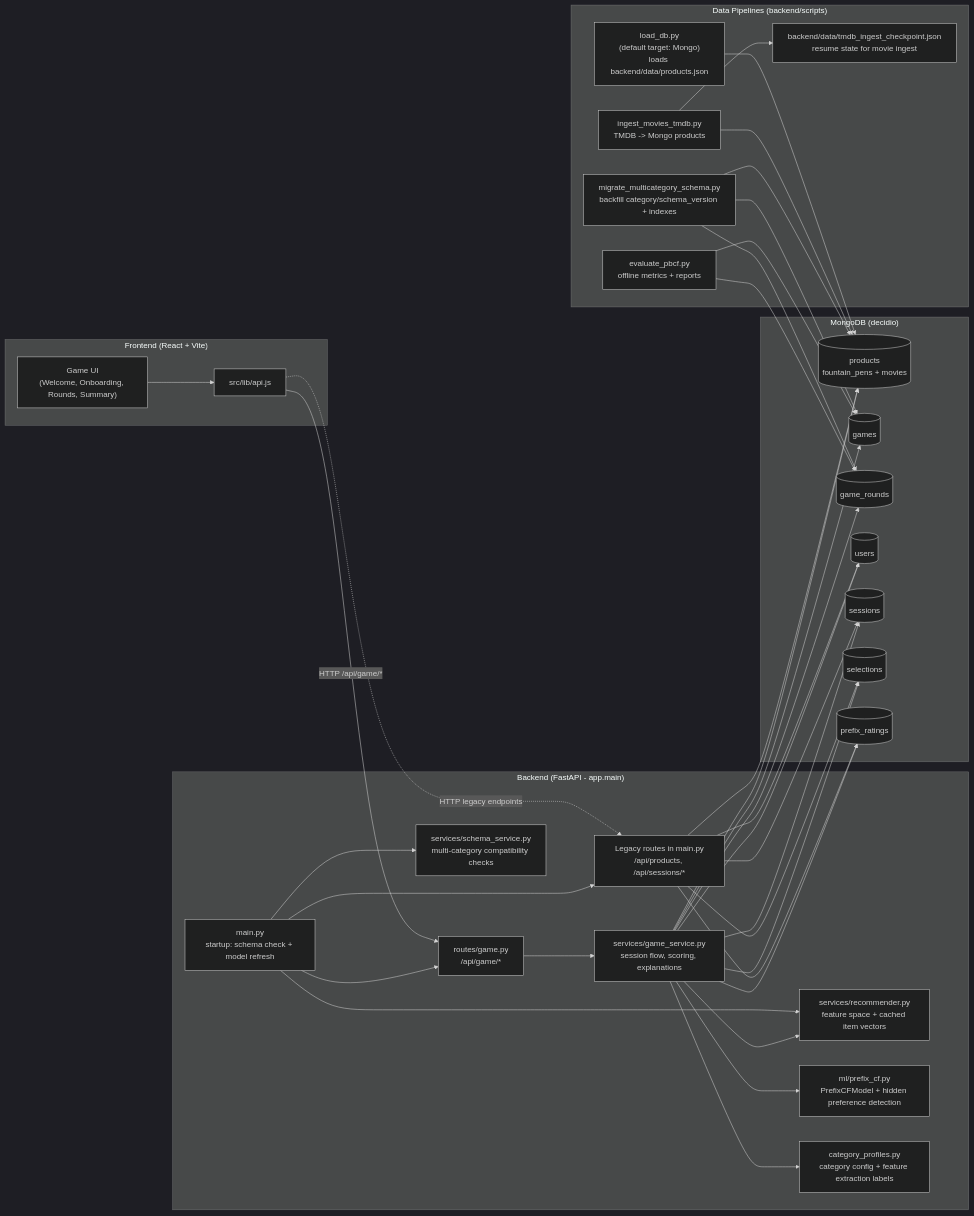
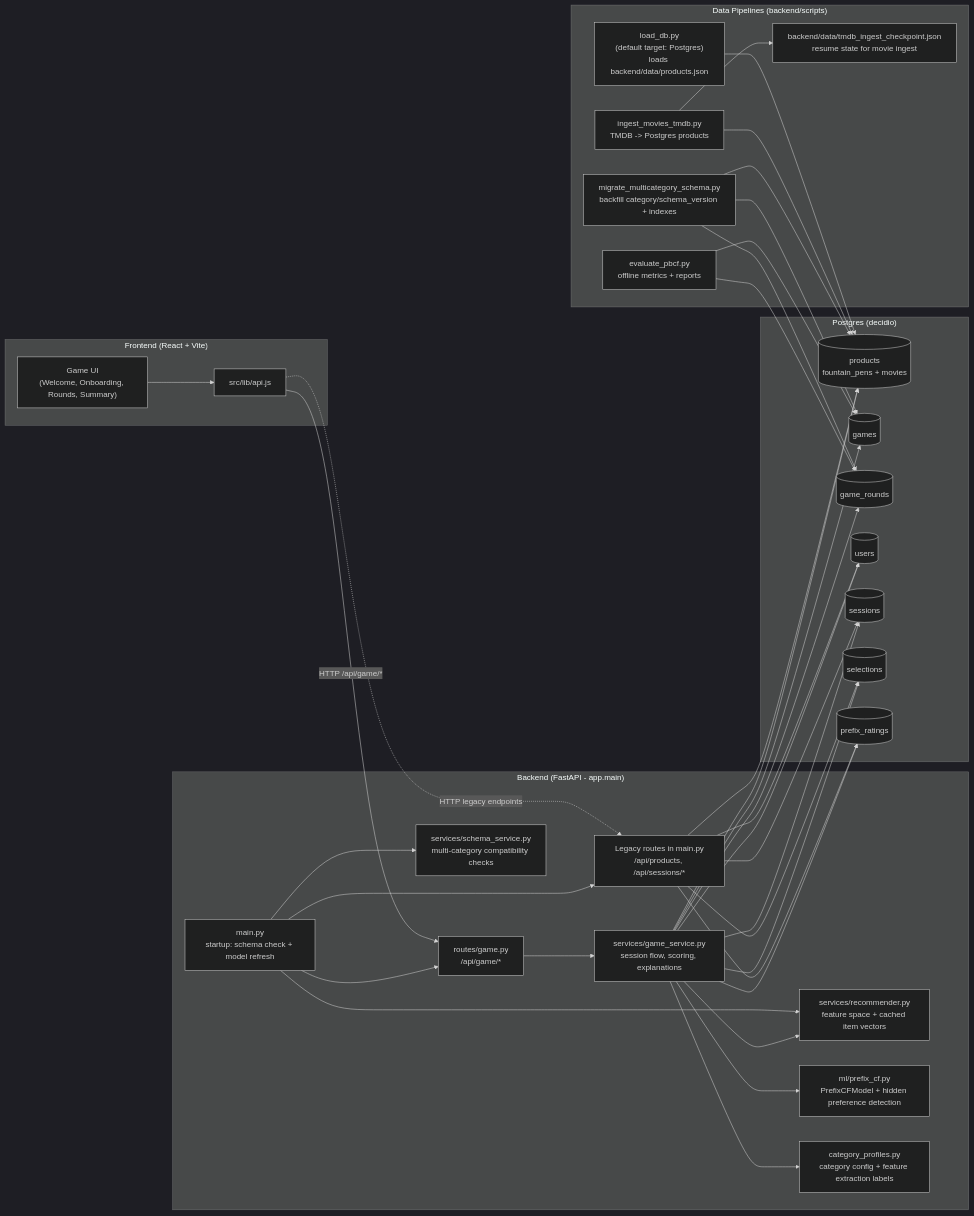
One commit to RioPham822/Recommendle changed the diagram in docs/architecture.mmd. Above: the diagram before and after it, drawn with Mermaid (dark theme). The commit also changed other lines of this file and 37 other files, not shown here.

```diff
--- a/docs/architecture.mmd
+++ b/docs/architecture.mmd
@@ -1,83 +1,83 @@
 flowchart LR
   %% Client / UI
   subgraph Client["Frontend (React + Vite)"]
     UI["Game UI\n(Welcome, Onboarding, Rounds, Summary)"]
     APIClient["src/lib/api.js"]
     UI --> APIClient
   end
 
   %% Backend runtime
   subgraph Backend["Backend (FastAPI - app.main)"]
     Main["main.py\nstartup: schema check + model refresh"]
     GameRoutes["routes/game.py\n/api/game/*"]
     LegacyRoutes["Legacy routes in main.py\n/api/products, /api/sessions/*"]
     GameService["services/game_service.py\nsession flow, scoring, explanations"]
     Recommender["services/recommender.py\nfeature space + cached item vectors"]
     Model["ml/prefix_cf.py\nPrefixCFModel + hidden preference detection"]
     CategoryProfiles["category_profiles.py\ncategory config + feature extraction labels"]
     SchemaGuard["services/schema_service.py\nmulti-category compatibility checks"]
   end
 
   %% Database
-  subgraph Mongo["MongoDB (decidio)"]
+  subgraph Postgres["Postgres (decidio)"]
     Products[("products\nfountain_pens + movies")]
     Games[("games")]
     GameRounds[("game_rounds")]
     Users[("users")]
     Sessions[("sessions")]
     Selections[("selections")]
     PrefixRatings[("prefix_ratings")]
   end
 
   %% Data pipelines / scripts
   subgraph DataPipelines["Data Pipelines (backend/scripts)"]
-    LoadPens["load_db.py\n(default target: Mongo)\nloads backend/data/products.json"]
-    IngestMovies["ingest_movies_tmdb.py\nTMDB -> Mongo products"]
+    LoadPens["load_db.py\n(default target: Postgres)\nloads backend/data/products.json"]
+    IngestMovies["ingest_movies_tmdb.py\nTMDB -> Postgres products"]
     Checkpoint["backend/data/tmdb_ingest_checkpoint.json\nresume state for movie ingest"]
     MigrateSchema["migrate_multicategory_schema.py\nbackfill category/schema_version + indexes"]
-    %% Legacy migration removed (Mongo-only architecture)
+    %% Legacy migration removed (Postgres-only architecture)
     Eval["evaluate_pbcf.py\noffline metrics + reports"]
   end
 
   %% Optional legacy backend removed
 
   %% Runtime request flow
   APIClient -->|HTTP /api/game/*| GameRoutes
   APIClient -.->|HTTP legacy endpoints| LegacyRoutes
   Main --> SchemaGuard
   Main --> Recommender
   Main --> GameRoutes
   Main --> LegacyRoutes
 
   GameRoutes --> GameService
   GameService --> Recommender
   GameService --> Model
   GameService --> CategoryProfiles
 
   %% Data access flow
   LegacyRoutes --> Products
   LegacyRoutes --> Users
   LegacyRoutes --> Sessions
   LegacyRoutes --> Selections
   LegacyRoutes --> PrefixRatings
 
   GameService --> Products
   GameService --> Games
   GameService --> GameRounds
   GameService --> Users
   GameService --> Sessions
   GameService --> Selections
   GameService --> PrefixRatings
 
   %% Ingestion / migration flow
   LoadPens --> Products
   IngestMovies --> Products
   IngestMovies --> Checkpoint
   MigrateSchema --> Products
   MigrateSchema --> Games
   MigrateSchema --> GameRounds
   %% legacy migration nodes removed
   Eval --> Games
   Eval --> GameRounds
 
   %% Legacy-only path removed
```
